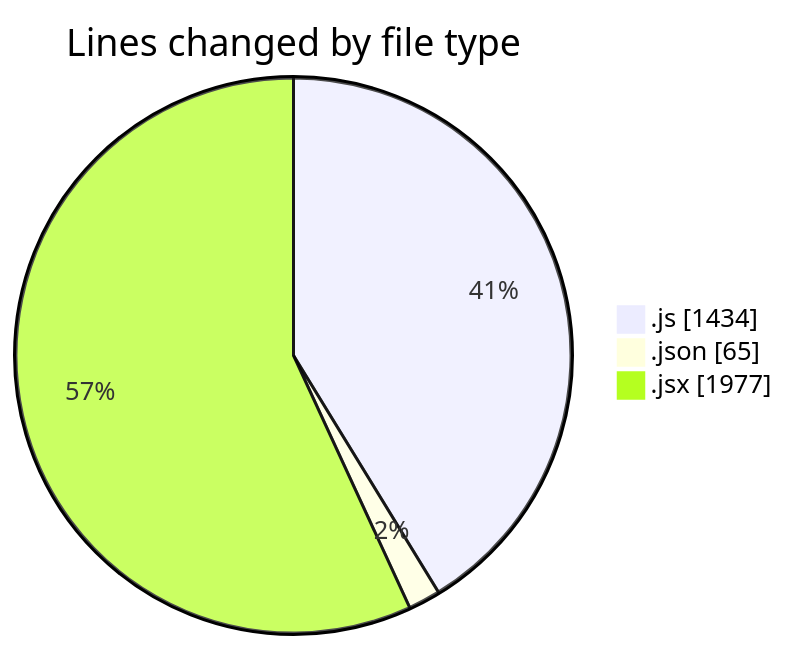
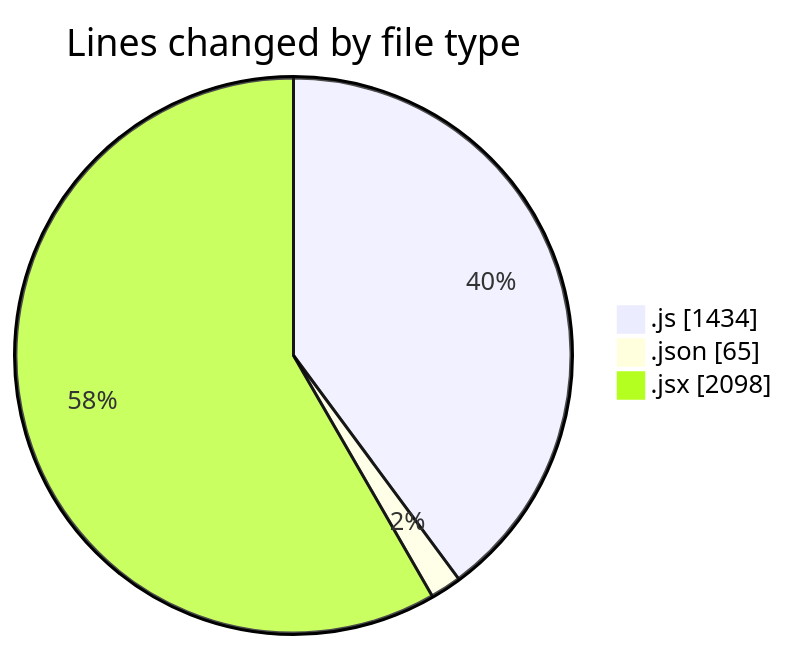
The first of 2 diagrams in 2026-01-14/nxtqube_webapp/README.md (nxtqubesakshisongat/code-tracking), drawn with Mermaid before and after one commit. The commit also changed other lines of this file and 1 other file, not shown here.

````diff
--- a/2026-01-14/nxtqube_webapp/README.md
+++ b/2026-01-14/nxtqube_webapp/README.md
@@ -26,7 +26,7 @@
 ```mermaid
 pie showData
 title Lines changed by file type
 ".js" : 1434
 ".json" : 65
-".jsx" : 1977
+".jsx" : 2098
 ```
````
